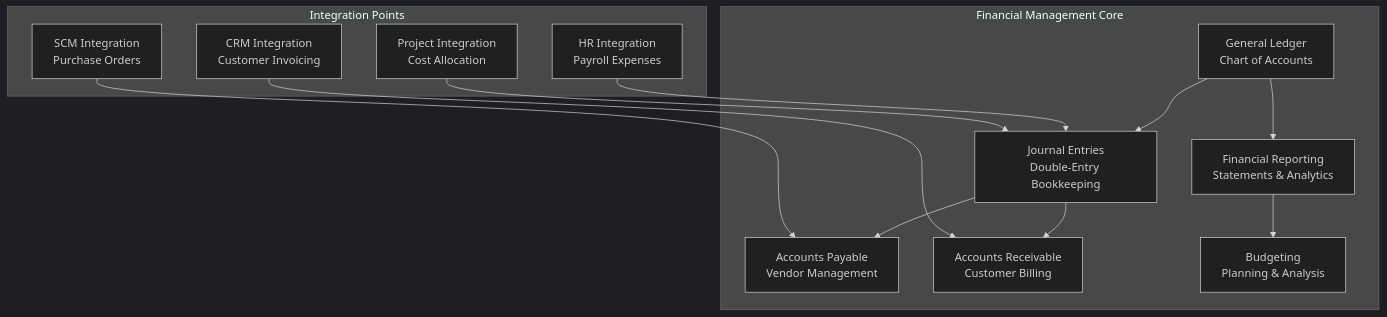
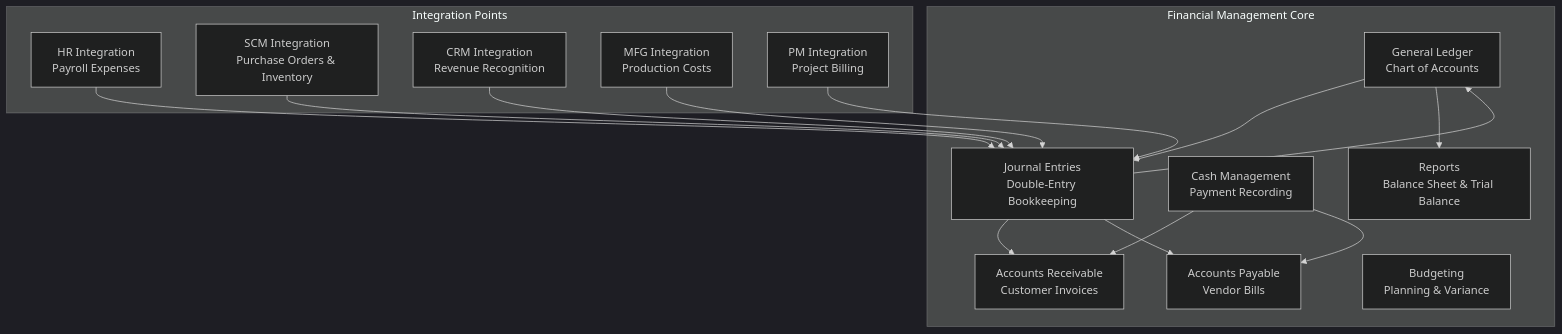
Before and after one commit to barbarnyarnyar/erp-system: the diagram in documentation/modules/financial-management/README.md, drawn with Mermaid (dark theme). The commit also changed other lines of this file and 17 other files, not shown here.

````diff
--- a/documentation/modules/financial-management/README.md
+++ b/documentation/modules/financial-management/README.md
@@ -7,29 +7,33 @@
 ```mermaid
 graph TB
     subgraph "Financial Management Core"
         GL[General Ledger<br/>Chart of Accounts]
         JE[Journal Entries<br/>Double-Entry Bookkeeping]
-        AP[Accounts Payable<br/>Vendor Management]
-        AR[Accounts Receivable<br/>Customer Billing]
-        REP[Financial Reporting<br/>Statements & Analytics]
-        BUD[Budgeting<br/>Planning & Analysis]
+        AP[Accounts Payable<br/>Vendor Bills]
+        AR[Accounts Receivable<br/>Customer Invoices]
+        CM[Cash Management<br/>Payment Recording]
+        BUD[Budgeting<br/>Planning & Variance]
+        REP[Reports<br/>Balance Sheet & Trial Balance]
     end
-    
+
     subgraph "Integration Points"
         HR_INT[HR Integration<br/>Payroll Expenses]
-        SCM_INT[SCM Integration<br/>Purchase Orders]
-        CRM_INT[CRM Integration<br/>Customer Invoicing]
-        PM_INT[Project Integration<br/>Cost Allocation]
+        SCM_INT[SCM Integration<br/>Purchase Orders & Inventory]
+        CRM_INT[CRM Integration<br/>Revenue Recognition]
+        MFG_INT[MFG Integration<br/>Production Costs]
+        PM_INT[PM Integration<br/>Project Billing]
     end
-    
+
     GL --> JE
+    JE --> GL
+    JE --> AR
     JE --> AP
-    JE --> AR
+    CM --> AR
+    CM --> AP
     GL --> REP
-    REP --> BUD
-    
     HR_INT --> JE
-    SCM_INT --> AP
-    CRM_INT --> AR
+    SCM_INT --> JE
+    CRM_INT --> JE
+    MFG_INT --> JE
     PM_INT --> JE
 ```
````
